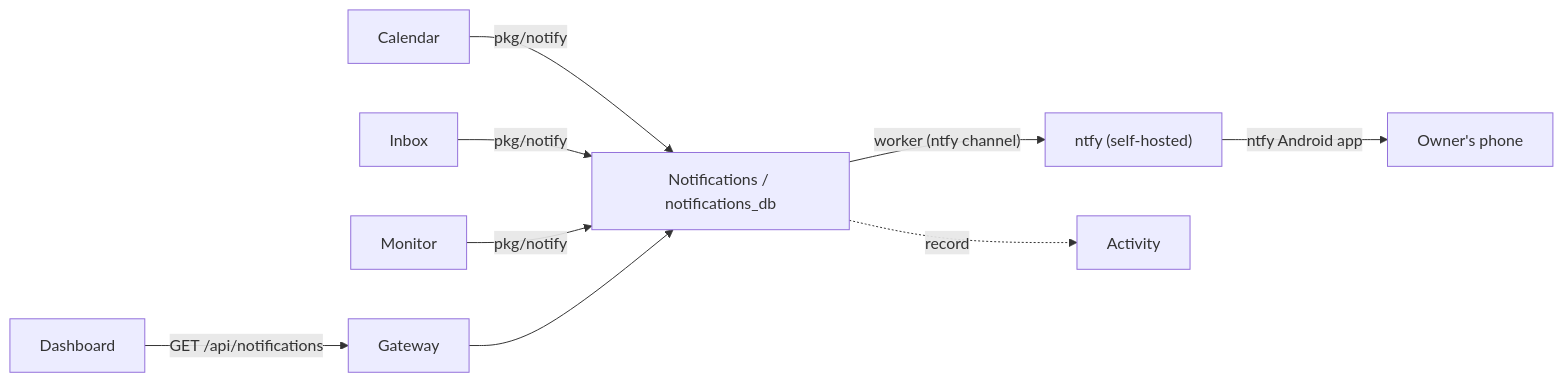
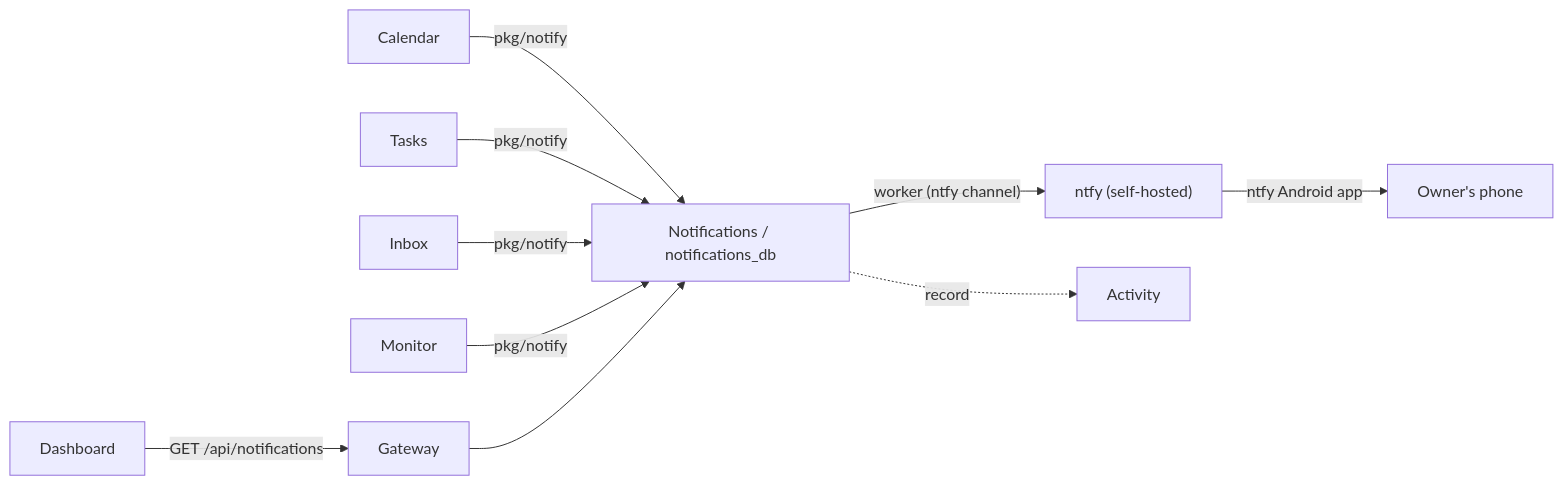
The diagram in docs/services/notifications.md (GAMch1k/life-os), drawn with Mermaid before and after one commit. The commit also changed other lines of this file and 5 other files, not shown here.

````diff
--- a/docs/services/notifications.md
+++ b/docs/services/notifications.md
@@ -12,9 +12,10 @@
 ```mermaid
 flowchart LR
   Calendar -- "pkg/notify" --> N[Notifications / notifications_db]
+  Tasks -- "pkg/notify" --> N
   Inbox -- "pkg/notify" --> N
   Monitor -- "pkg/notify" --> N
   Dashboard -- "GET /api/notifications" --> Gateway --> N
   N -- "worker (ntfy channel)" --> Ntfy["ntfy (self-hosted)"] -- "ntfy Android app" --> Phone["Owner's phone"]
   N -. record .-> Activity
 ```
````
